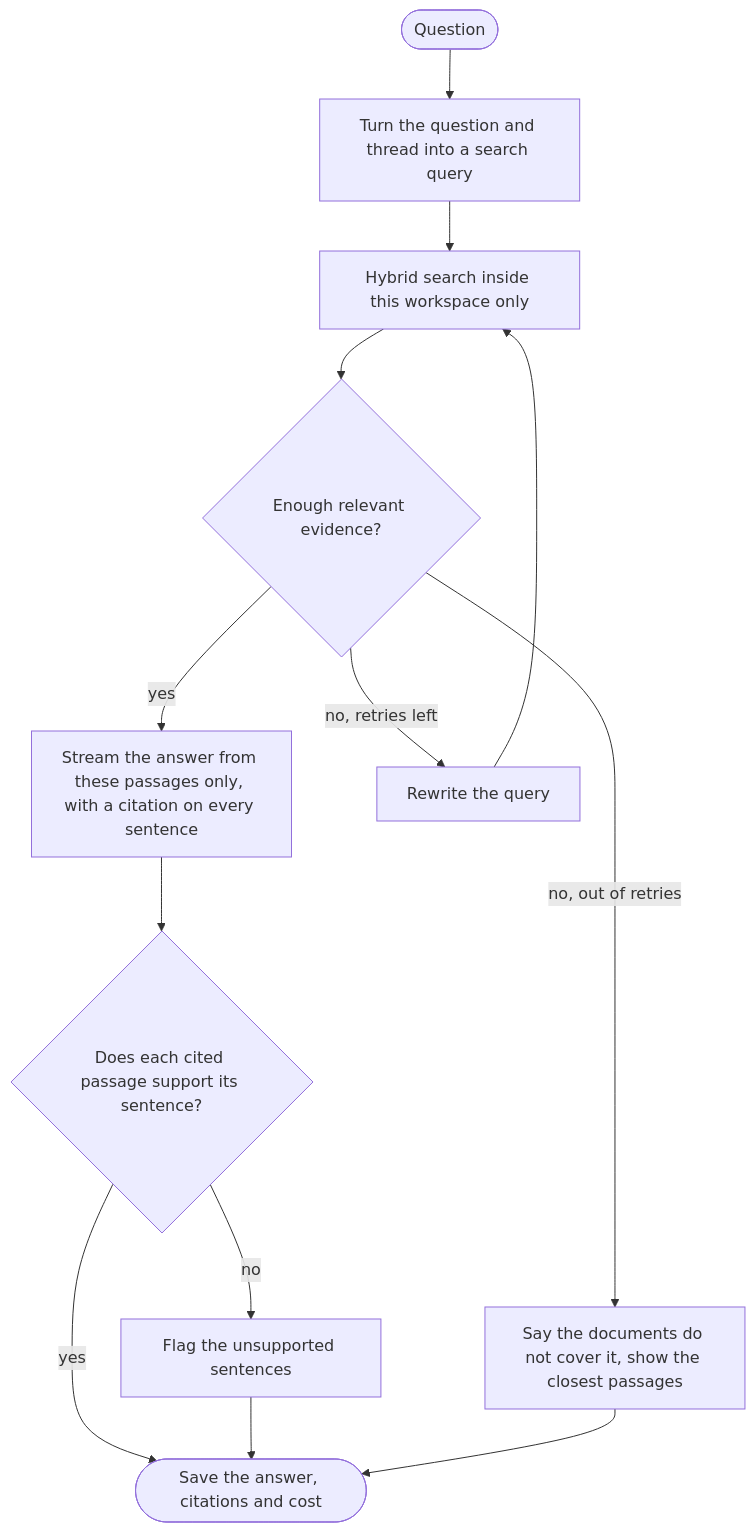
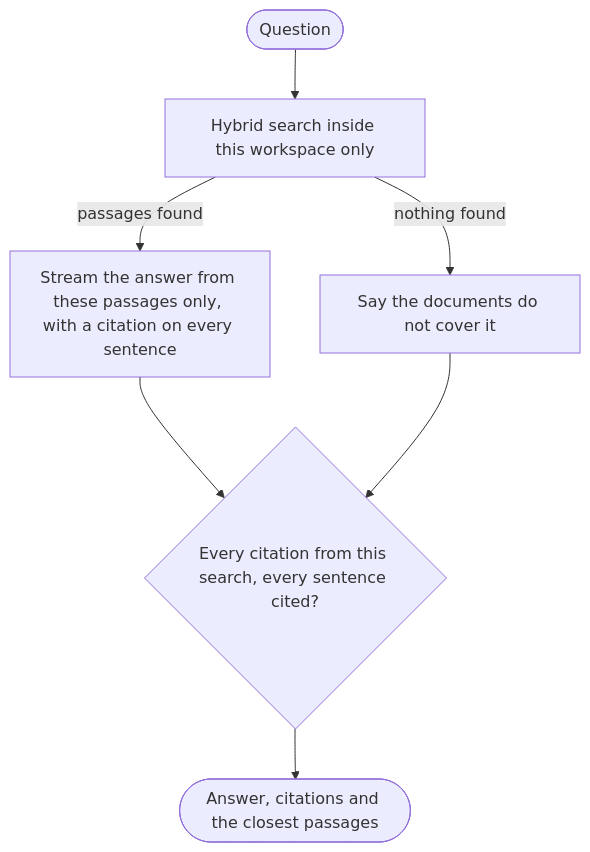
The second of 2 diagrams in docs/architecture.md (Aisha-Aliyu/whence), drawn with Mermaid before and after one commit. The commit also changed other lines of this file and 28 other files, not shown here.

First line of the commit message:
feat(api): answer questions with cited passages, streamed (#11)

````diff
--- a/docs/architecture.md
+++ b/docs/architecture.md
@@ -54,15 +54,9 @@
 ```mermaid
 flowchart TD
-    q(["Question"]) --> rewrite["Turn the question and thread into a search query"]
-    rewrite --> search["Hybrid search inside this workspace only"]
-    search --> grade{"Enough relevant evidence?"}
-    grade -- "yes" --> answer["Stream the answer from these passages only, with a citation on every sentence"]
-    grade -- "no, retries left" --> retry["Rewrite the query"]
-    retry --> search
-    grade -- "no, out of retries" --> abstain["Say the documents do not cover it, show the closest passages"]
-    answer --> verify{"Does each cited passage support its sentence?"}
-    verify -- "yes" --> save(["Save the answer, citations and cost"])
-    verify -- "no" --> flag["Flag the unsupported sentences"]
-    flag --> save
-    abstain --> save
+    q(["Question"]) --> search["Hybrid search inside this workspace only"]
+    search -- "passages found" --> answer["Stream the answer from these passages only, with a citation on every sentence"]
+    search -- "nothing found" --> abstain["Say the documents do not cover it"]
+    answer --> check{"Every citation from this search, every sentence cited?"}
+    abstain --> check
+    check --> done(["Answer, citations and the closest passages"])
 ```
````
